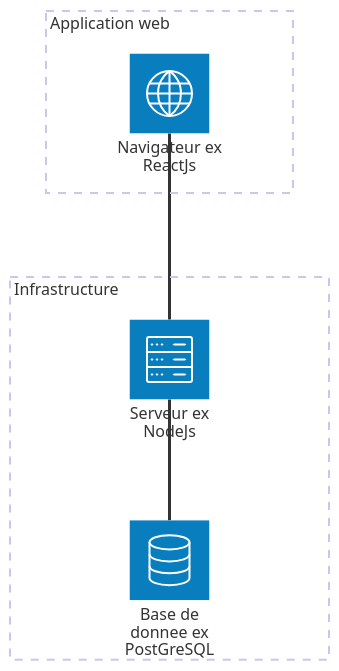
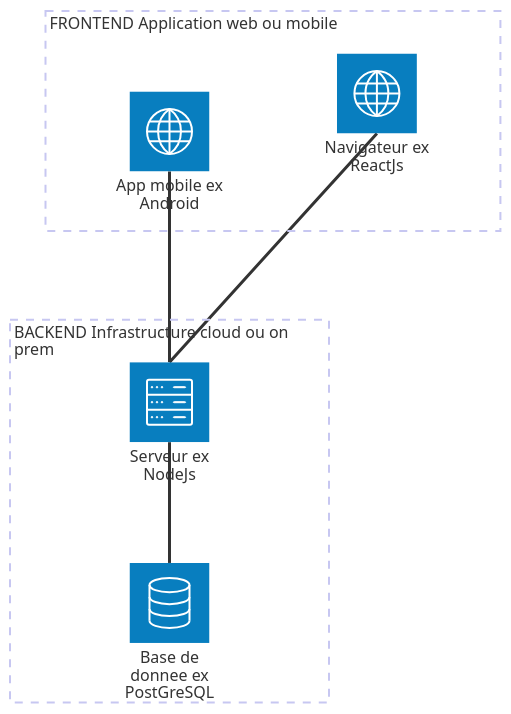
The diagram in lunch-talks/README.md (Yeeso-fr/squad-animation-public), drawn with Mermaid before and after one commit.

Commit message:
maj mermaid

````diff
--- a/lunch-talks/README.md
+++ b/lunch-talks/README.md
@@ -22,13 +22,15 @@
 ```mermaid
 architecture-beta
-    group api[Application web]
-    group infra[Infrastructure]
+    group api[FRONTEND Application web ou mobile]
+    group infra[BACKEND Infrastructure cloud ou on prem]
 
 
     service db(database)[Base de donnee ex PostGreSQL] in infra
     service server(server)[Serveur ex NodeJs] in infra
     service browser(internet)[Navigateur ex ReactJs] in api
+    service smartphone(internet)[App mobile ex Android] in api
 
     server:B -- T:db
     browser:B -- T:server
+    smartphone:B -- T:server
 ```
````
